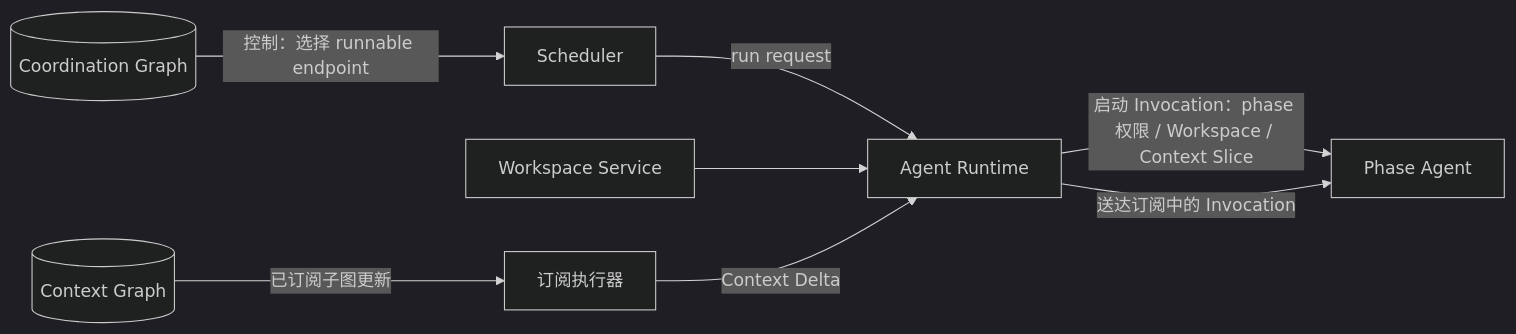
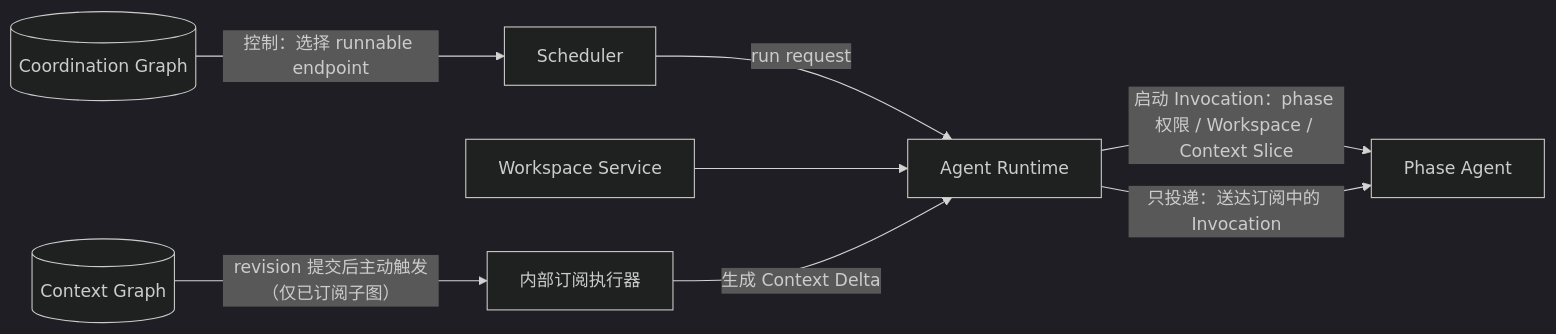
Before and after one commit to KDZZZZZZ/threadmill-AgentTeams: the second of 2 diagrams in docs/architecture.md, drawn with Mermaid (dark theme). The commit also changed other lines of this file and 11 other files, not shown here.

Commit message:
docs: 重构上下文图与任务记忆设计

````diff
--- a/docs/architecture.md
+++ b/docs/architecture.md
@@ -160,10 +160,10 @@
 ```mermaid
 flowchart LR
   CG[(Coordination Graph)] -->|"控制：选择 runnable endpoint"| S[Scheduler]
   S -->|"run request"| RT[Agent Runtime]
   RT -->|"启动 Invocation：phase 权限 / Workspace / Context Slice"| PA[Phase Agent]
   WS[Workspace Service] --> RT
-  CX[(Context Graph)] -->|"已订阅子图更新"| SE[订阅执行器]
-  SE -->|"Context Delta"| RT
-  RT -->|"送达订阅中的 Invocation"| PA
+  CX[(Context Graph)] -->|"revision 提交后主动触发（仅已订阅子图）"| SE[内部订阅执行器]
+  SE -->|"生成 Context Delta"| RT
+  RT -->|"只投递：送达订阅中的 Invocation"| PA
 ```
````
